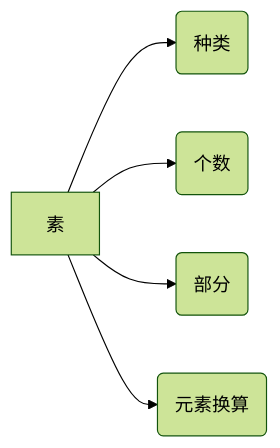
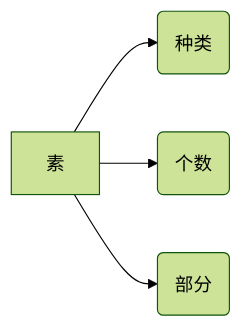
One commit to sunuanwuhou/ashore changed the fifth of 7 diagrams in src/main/gongwu/xingce/爆发/4.判断推理.md. Above: the diagram before and after it, drawn with Mermaid (forest theme). The commit also changed other lines of this file and 1 other file, not shown here.

````diff
--- a/src/main/gongwu/xingce/爆发/4.判断推理.md
+++ b/src/main/gongwu/xingce/爆发/4.判断推理.md
@@ -372,11 +388,11 @@
  ```mermaid
   
   graph LR
   
  A[素] -->C(种类)
  A --> D(个数)
   A --> E(部分)
-  A --> F(元素换算)
+
 
 
  ```
````
